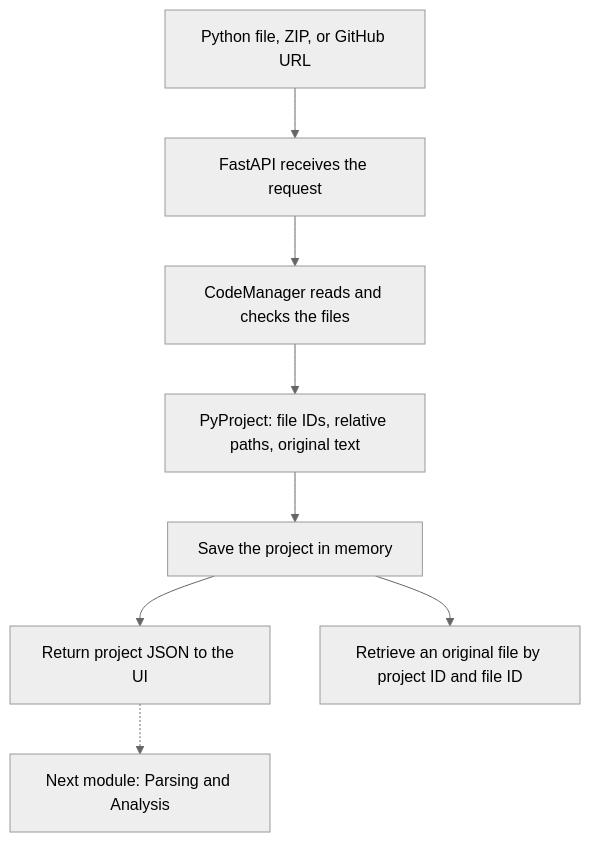
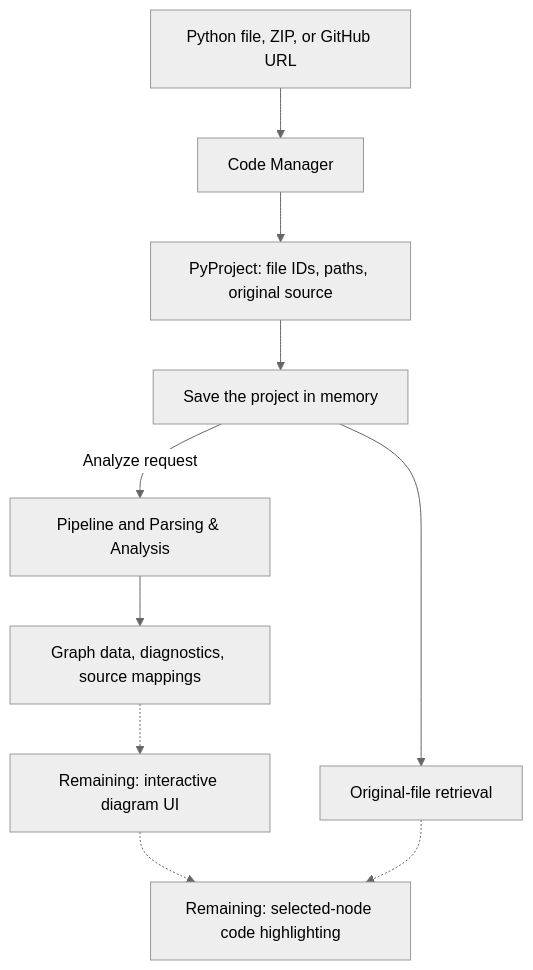
Before and after one commit to jerphan/CodeToChart: the diagram in README.md, drawn with Mermaid (neutral theme). The commit also changed other lines of this file and 16 other files, not shown here.

Commit message:
Finalize Code Manager and parser integration

````diff
--- a/README.md
+++ b/README.md
@@ -25,10 +32,12 @@
 ```mermaid
 flowchart TD
-    Input["Python file, ZIP, or GitHub URL"] --> API["FastAPI receives the request"]
-    API --> Manager["CodeManager reads and checks the files"]
-    Manager --> Project["PyProject: file IDs, relative paths, original text"]
+    Input["Python file, ZIP, or GitHub URL"] --> Manager["Code Manager"]
+    Manager --> Project["PyProject: file IDs, paths, original source"]
     Project --> Registry["Save the project in memory"]
-    Registry --> Result["Return project JSON to the UI"]
-    Registry --> Lookup["Retrieve an original file by project ID and file ID"]
-    Result -.-> Parser["Next module: Parsing and Analysis"]
+    Registry -->|Analyze request| Pipeline["Pipeline and Parsing & Analysis"]
+    Pipeline --> Outputs["Graph data, diagnostics, source mappings"]
+    Registry --> Lookup["Original-file retrieval"]
+    Outputs -.-> Diagram["Remaining: interactive diagram UI"]
+    Diagram -.-> Highlight["Remaining: selected-node code highlighting"]
+    Lookup -.-> Highlight
 ```
````
